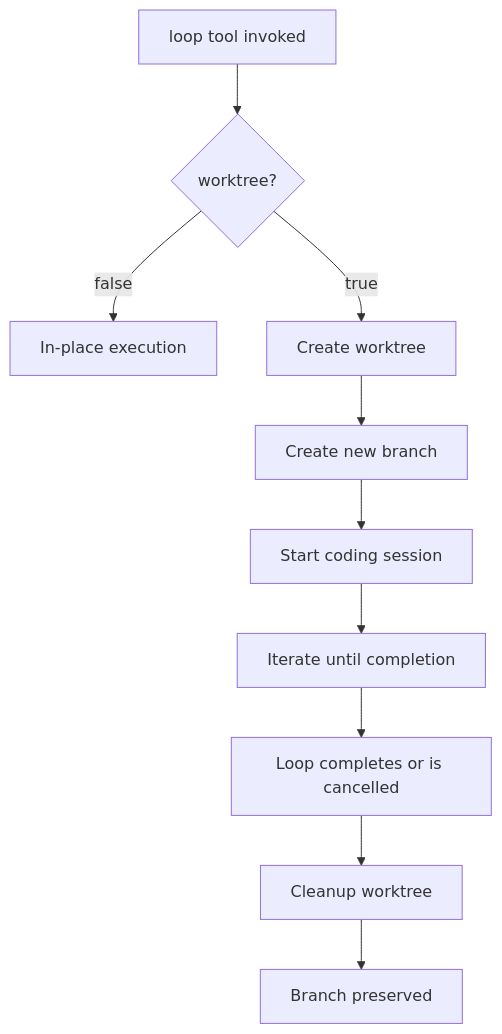
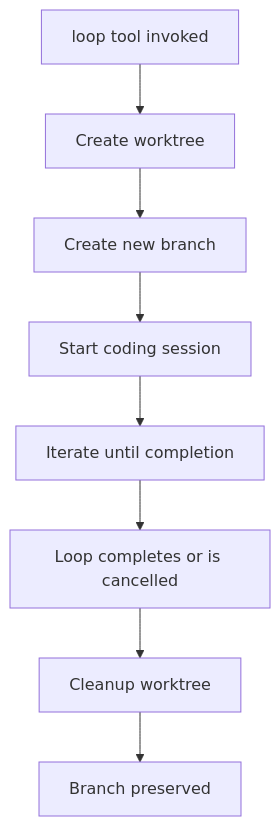
The second of 2 diagrams in docs/loop-system.md (chriswritescode-dev/opencode-forge), drawn with Mermaid before and after one commit. The commit also changed other lines of this file and 303 other files, not shown here.

````diff
--- a/docs/loop-system.md
+++ b/docs/loop-system.md
@@ -125,12 +136,10 @@
 ```mermaid
 graph TD
-    A[loop tool invoked] --> B{worktree?}
-    B -->|false| C[In-place execution]
-    B -->|true| D[Create worktree]
-    D --> E[Create new branch]
-    E --> F[Start coding session]
-    F --> G[Iterate until completion]
-    G --> H[Loop completes or is cancelled]
-    H --> I[Cleanup worktree]
-    I --> J[Branch preserved]
+    A[loop tool invoked] --> B[Create worktree]
+    B --> C[Create new branch]
+    C --> D[Start coding session]
+    D --> E[Iterate until completion]
+    E --> F[Loop completes or is cancelled]
+    F --> G[Cleanup worktree]
+    G --> H[Branch preserved]
 ```
````
